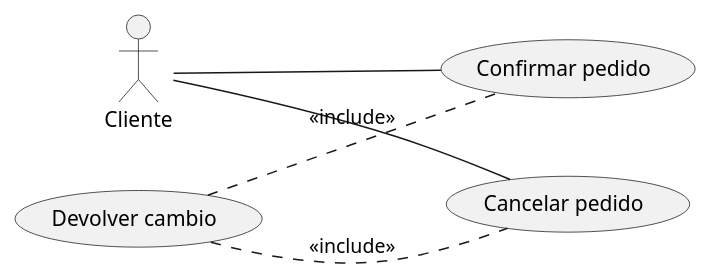
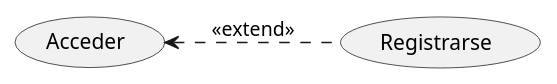
The diagram in src/Proyecto.puml (NuriaSan/Practica_Clases_PlantUml), drawn with PlantUML before and after one commit. The commit also changed 1 other file, not shown here.

Commit message:
Elementos del diagrama. Extensión

```diff
--- a/src/Proyecto.puml
+++ b/src/Proyecto.puml
@@ -1,11 +1,7 @@
 @startuml
 left to right direction
-actor "Cliente" as cl
-usecase "Confirmar pedido" as cop
-usecase "Cancelar pedido" as cap
-usecase "Devolver cambio" as dc
-    cl -- cop
-    cl -- cap
-    dc .. cop : <<include>>
-    dc .. cap : <<include>>
+usecase "Acceder" as acc
+usecase "Registrarse" as reg
+    acc <.. reg : <<extend>>
+
 @enduml
```
